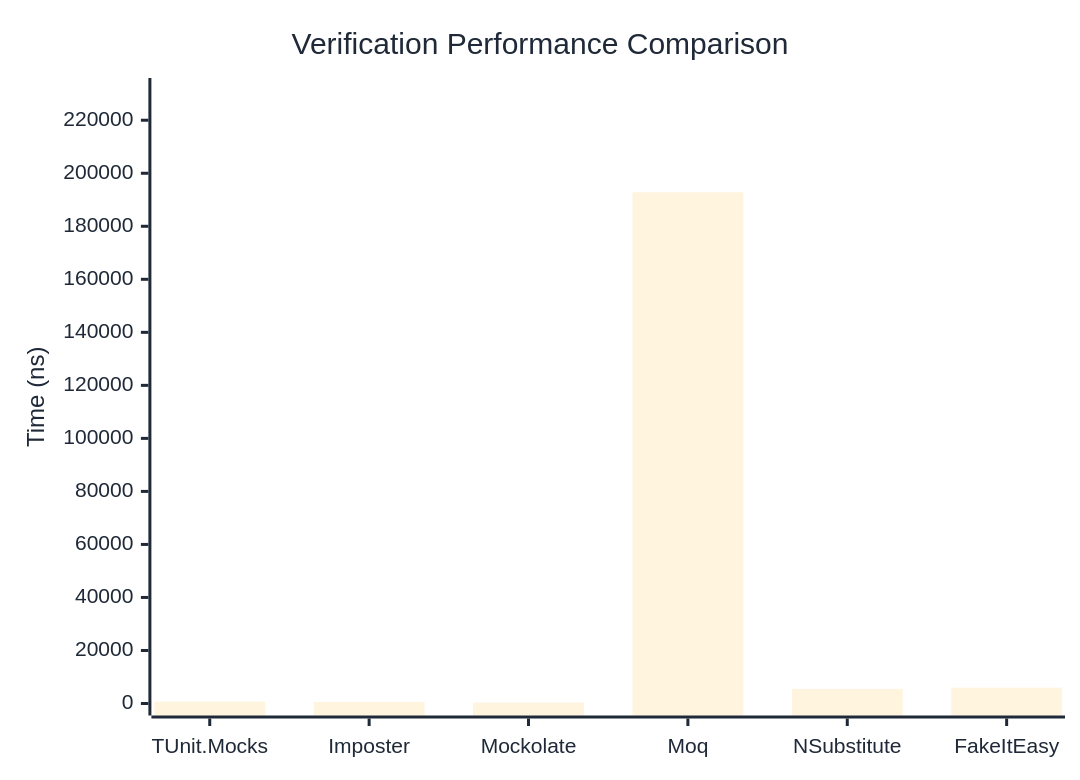
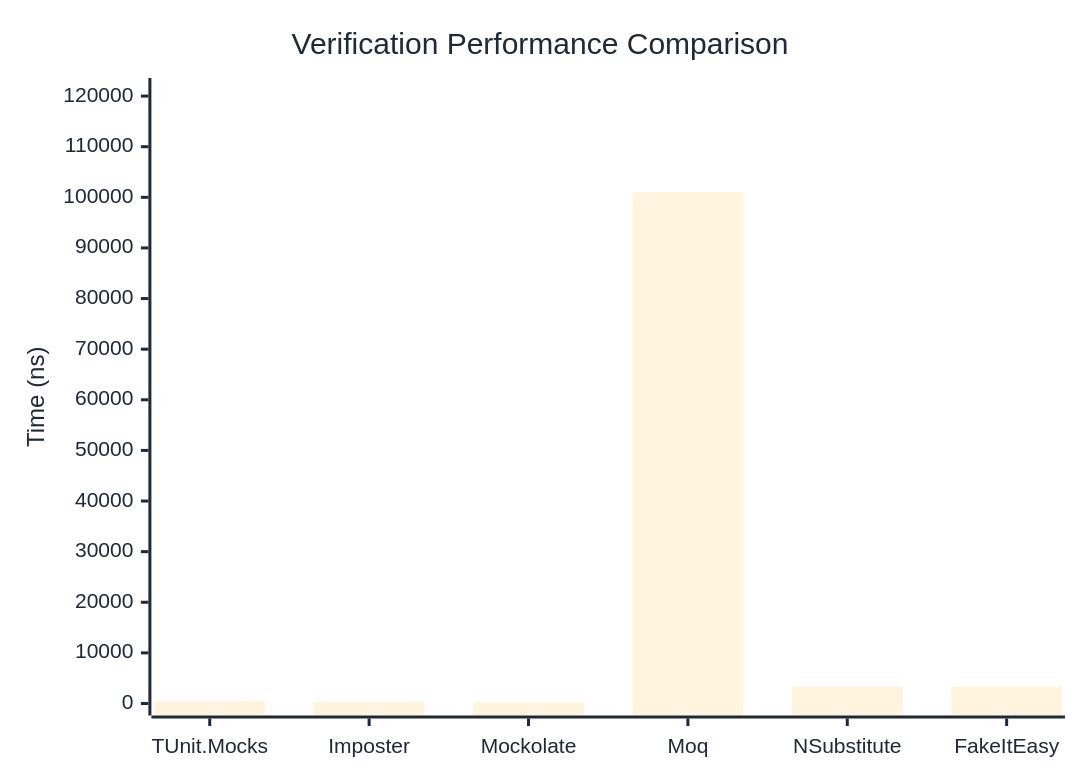
One commit to thomhurst/TUnit changed the first of 3 diagrams in docs/docs/benchmarks/mocks/Verification.md. Above: the diagram before and after it, drawn with Mermaid. The commit also changed other lines of this file and 14 other files, not shown here.

````diff
--- a/docs/docs/benchmarks/mocks/Verification.md
+++ b/docs/docs/benchmarks/mocks/Verification.md
@@ -30,27 +30,27 @@
 ```mermaid
 %%{init: {
   'theme':'base',
   'themeVariables': {
     'primaryColor': '#2563eb',
     'primaryTextColor': '#1f2937',
     'primaryBorderColor': '#1e40af',
     'lineColor': '#6b7280',
     'secondaryColor': '#7c3aed',
     'tertiaryColor': '#dc2626',
     'background': '#ffffff',
     'pie1': '#2563eb',
     'pie2': '#7c3aed',
     'pie3': '#dc2626',
     'pie4': '#f59e0b',
     'pie5': '#10b981',
     'pie6': '#06b6d4',
     'pie7': '#ec4899',
     'pie8': '#6366f1'
   }
 }}%%
 xychart-beta
   title "Verification Performance Comparison"
   x-axis ["TUnit.Mocks", "Imposter", "Mockolate", "Moq", "NSubstitute", "FakeItEasy"]
-  y-axis "Time (ns)" 0 --> 231402
-  bar [705.09, 586.3, 337.99, 192834.73, 5505.05, 5976.52]
+  y-axis "Time (ns)" 0 --> 121202
+  bar [409.68, 330.85, 231.52, 101001.39, 3313.63, 3352.41]
 ```
````
